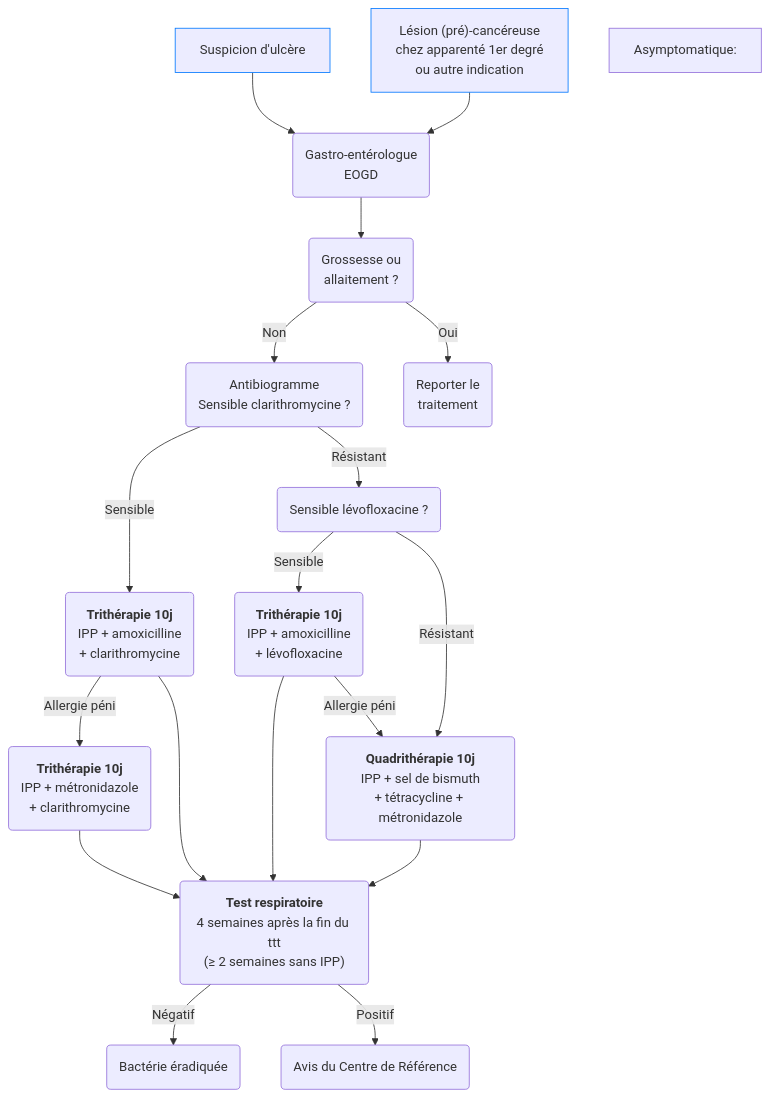
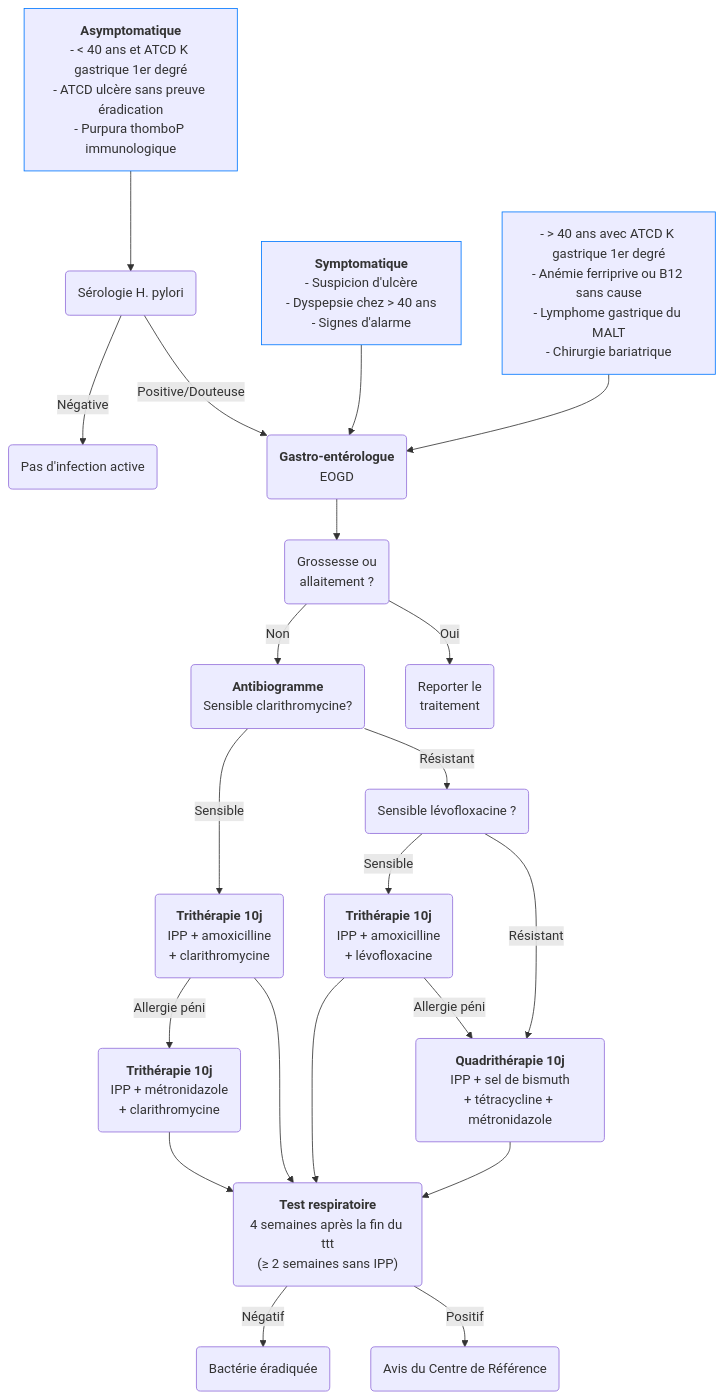
Before and after one commit to djibe/recommandations-medicales: the first of 2 diagrams in content/recommandations/helicobacter-pylori.md, drawn with Mermaid. The commit also changed other lines of this file and 1 other file, not shown here.

```diff
--- a/content/recommandations/helicobacter-pylori.md
+++ b/content/recommandations/helicobacter-pylori.md
@@ -178,20 +212,23 @@
 {{< mermaid >}}
 graph TB
-  suspicion["Suspicion d'ulcère"] --> gastro("Gastro-entérologue<br>EOGD")
+  asymptomatique["<b>Asymptomatique</b><br>- &lt; 40 ans et ATCD K gastrique 1er degré<br>- ATCD ulcère sans preuve éradication<br>- Purpura thomboP immunologique"] --> serologie(Sérologie H. pylori)
+  style asymptomatique stroke:#0077ff, stroke-width:1px
+    serologie -- Négative --> indemne(Pas d'infection active)
+    serologie -- Positive/Douteuse --> gastro
+  suspicion["<b>Symptomatique</b><br>- Suspicion d'ulcère<br>- Dyspepsie chez &gt; 40 ans<br>- Signes d'alarme"] --> gastro("<b>Gastro-entérologue</b><br>EOGD")
   style suspicion stroke:#0077ff, stroke-width:1px
-  suspect["Lésion (pré)-cancéreuse<br>chez apparenté 1er degré<br>ou autre indication"] --> gastro
+  suspect["- &gt; 40 ans avec ATCD K gastrique 1er degré<br>- Anémie ferriprive ou B12 sans cause<br>- Lymphome gastrique du MALT<br>- Chirurgie bariatrique"] --> gastro
   style suspect stroke:#0077ff, stroke-width:1px
     gastro --> grossesse("Grossesse ou<br>allaitement ?")
-      grossesse -- Non --> antibiogramme("Antibiogramme<br>Sensible clarithromycine ?")
+      grossesse -- Non --> antibiogramme("<b>Antibiogramme</b><br>Sensible clarithromycine?")
         antibiogramme -- Sensible --> triAmox("<b>Trithérapie 10j</b><br>IPP + amoxicilline<br>+ clarithromycine")
           triAmox -- "Allergie péni" --> triAmoxAllergie("<b>Trithérapie 10j</b><br>IPP + métronidazole<br>+ clarithromycine") --> controle
           triAmox --> controle("<b>Test respiratoire</b><br>4 semaines après la fin du ttt<br>(≥ 2 semaines sans IPP)")
         antibiogramme -- "Résistant" --> levofloS("Sensible lévofloxacine ?")
           levofloS -- Sensible --> levoflo("<b>Trithérapie 10j</b><br>IPP + amoxicilline<br>+ lévofloxacine") --> controle
             levoflo -- "Allergie péni" --> quadrit
           levofloS -- "Résistant" --> quadrit("<b>Quadrithérapie 10j</b><br>IPP + sel de bismuth<br>+ tétracycline + métronidazole") --> controle
           controle -- Négatif --> ok(Bactérie éradiquée)
           controle -- Positif --> avis(Avis du Centre de Référence)
       grossesse -- Oui --> reporter("Reporter le<br>traitement")
-  asympt["Asymptomatique:<br>"]
 {{< /mermaid >}}
```
